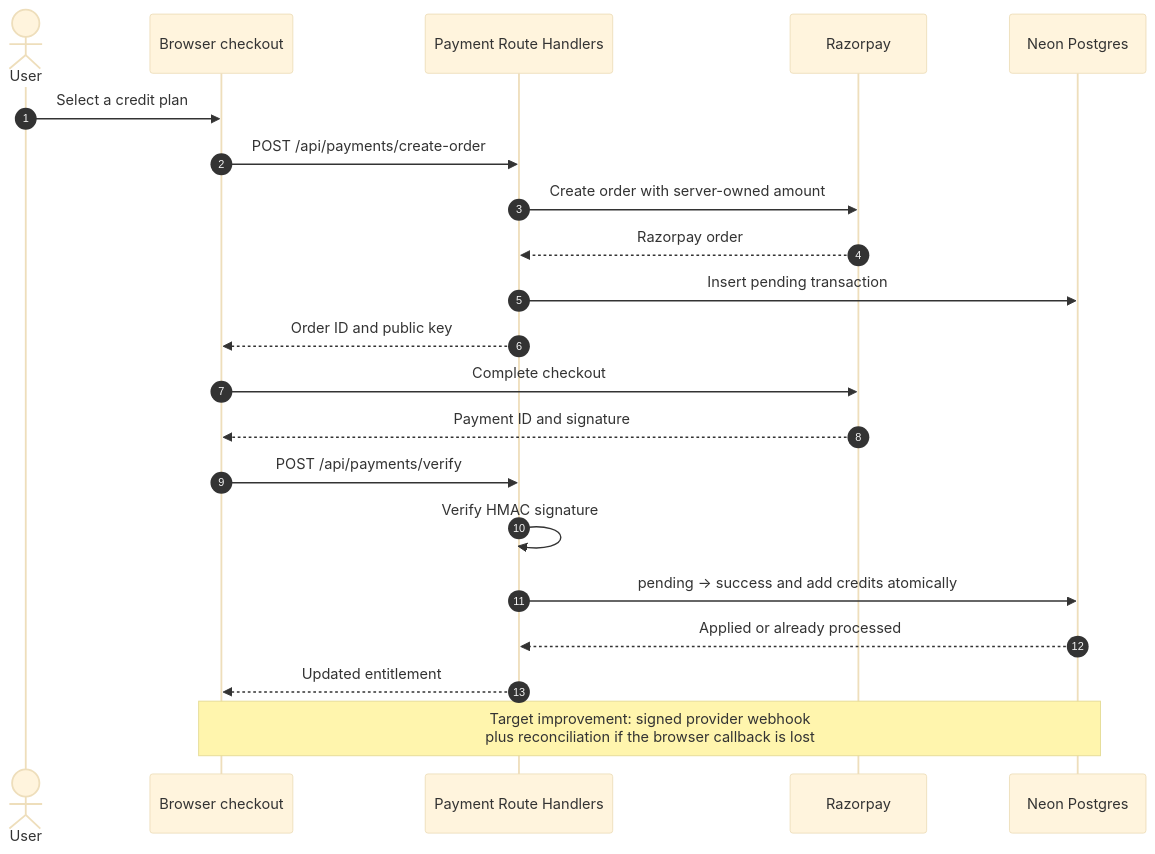
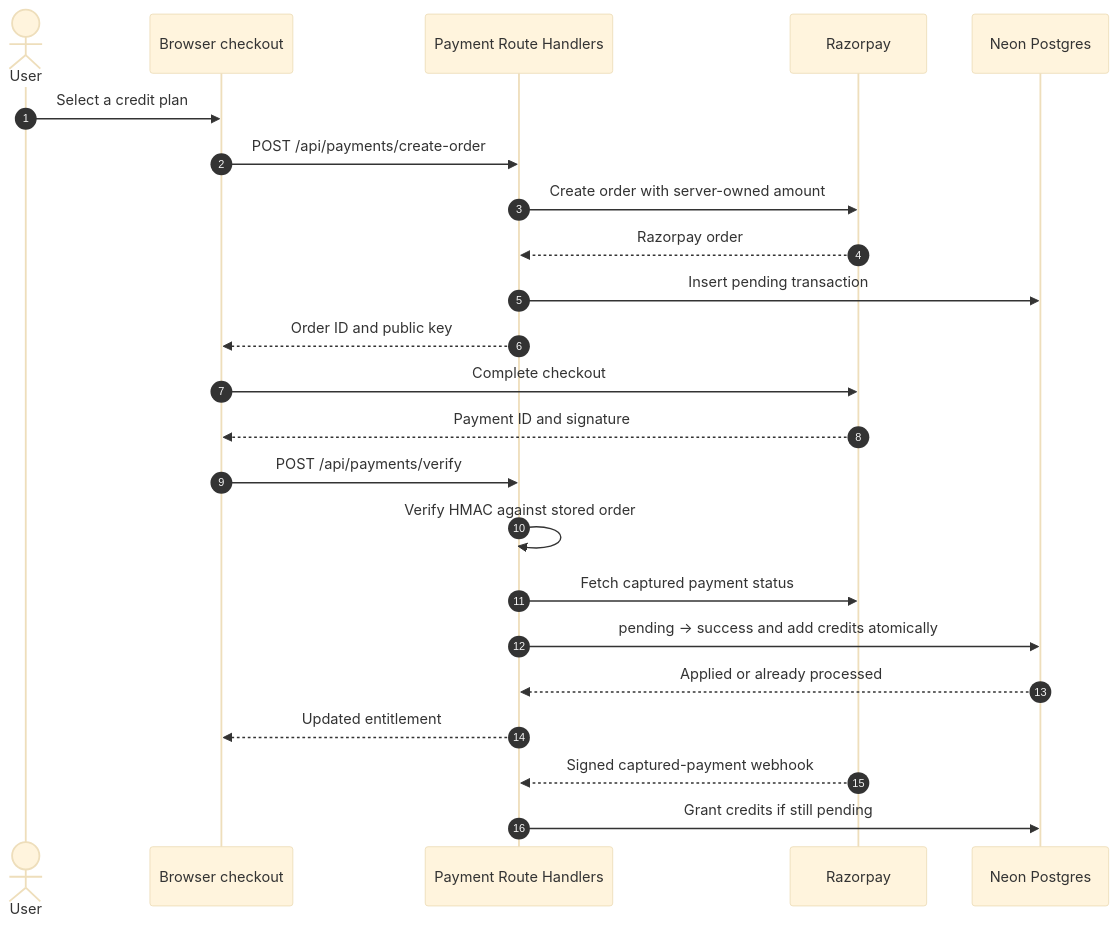
One commit to Bishu-21/zebra-ai changed the fourth of 5 diagrams in README.md. Above: the diagram before and after it, drawn with Mermaid (base theme). The commit also changed other lines of this file and 178 other files, not shown here.

````diff
--- a/README.md
+++ b/README.md
@@ -187,24 +187,26 @@
 ```mermaid
 sequenceDiagram
     autonumber
     actor User
     participant UI as Browser checkout
     participant API as Payment Route Handlers
     participant RP as Razorpay
     participant DB as Neon Postgres
 
     User->>UI: Select a credit plan
     UI->>API: POST /api/payments/create-order
     API->>RP: Create order with server-owned amount
     RP-->>API: Razorpay order
     API->>DB: Insert pending transaction
     API-->>UI: Order ID and public key
     UI->>RP: Complete checkout
     RP-->>UI: Payment ID and signature
     UI->>API: POST /api/payments/verify
-    API->>API: Verify HMAC signature
+    API->>API: Verify HMAC against stored order
+    API->>RP: Fetch captured payment status
     API->>DB: pending -> success and add credits atomically
     DB-->>API: Applied or already processed
     API-->>UI: Updated entitlement
-    Note over UI,DB: Target improvement: signed provider webhook<br/>plus reconciliation if the browser callback is lost
+    RP-->>API: Signed captured-payment webhook
+    API->>DB: Grant credits if still pending
 ```
````
